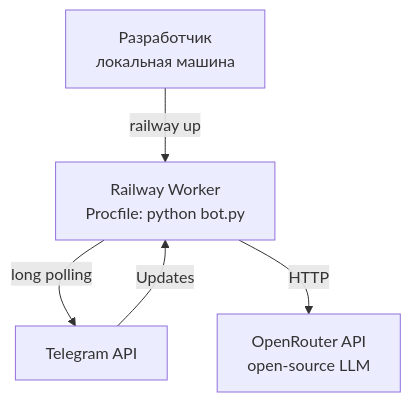
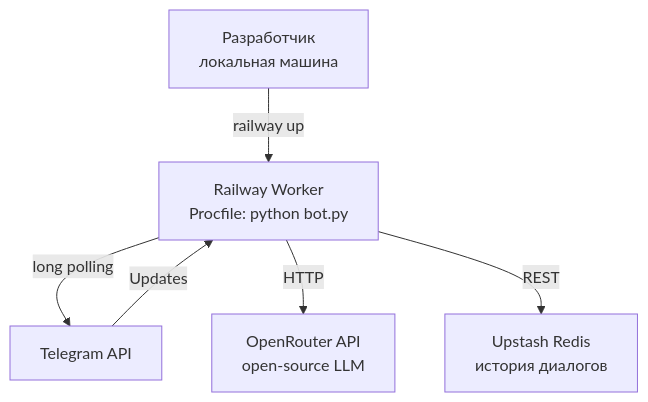
One commit to FreeZaRUS/telegram-secretary changed the third of 3 diagrams in README.md. Above: the diagram before and after it, drawn with Mermaid. The commit also changed other lines of this file, not shown here.

Commit message:
docs: update README — Redis in diagram, history limit 40, env vars note

````diff
--- a/README.md
+++ b/README.md
@@ -52,7 +52,8 @@
 ```mermaid
 graph TD
     Dev[Разработчик\nлокальная машина] -->|railway up| RW[Railway Worker\nProcfile: python bot.py]
     RW -->|long polling| TG[Telegram API]
     RW -->|HTTP| OR[OpenRouter API\nоpen-source LLM]
+    RW -->|REST| RD[Upstash Redis\nистория диалогов]
     TG -->|Updates| RW
 ```
````
